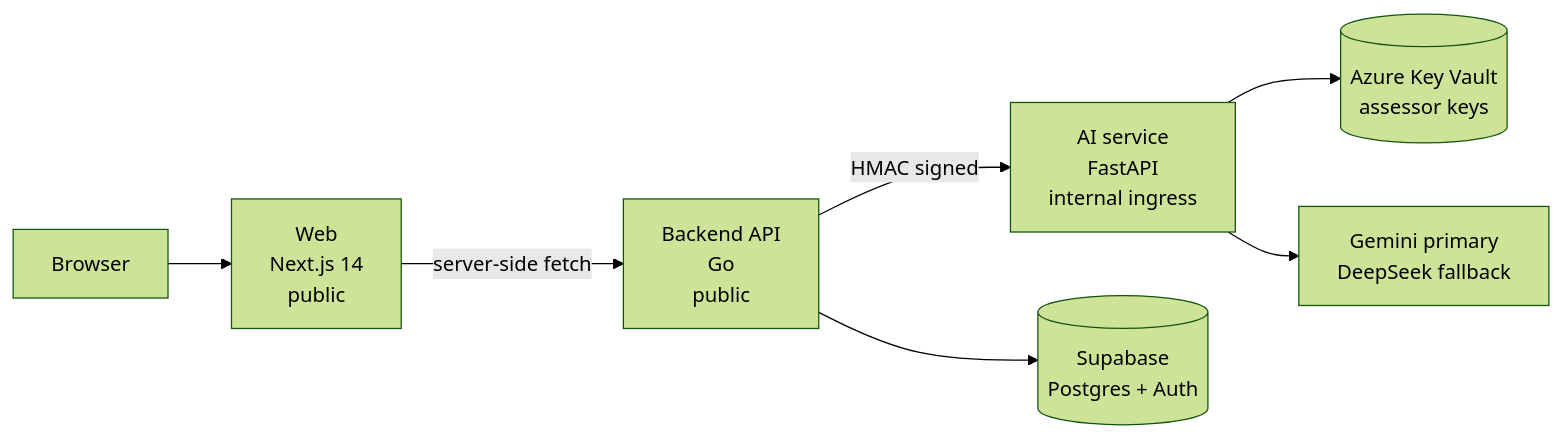
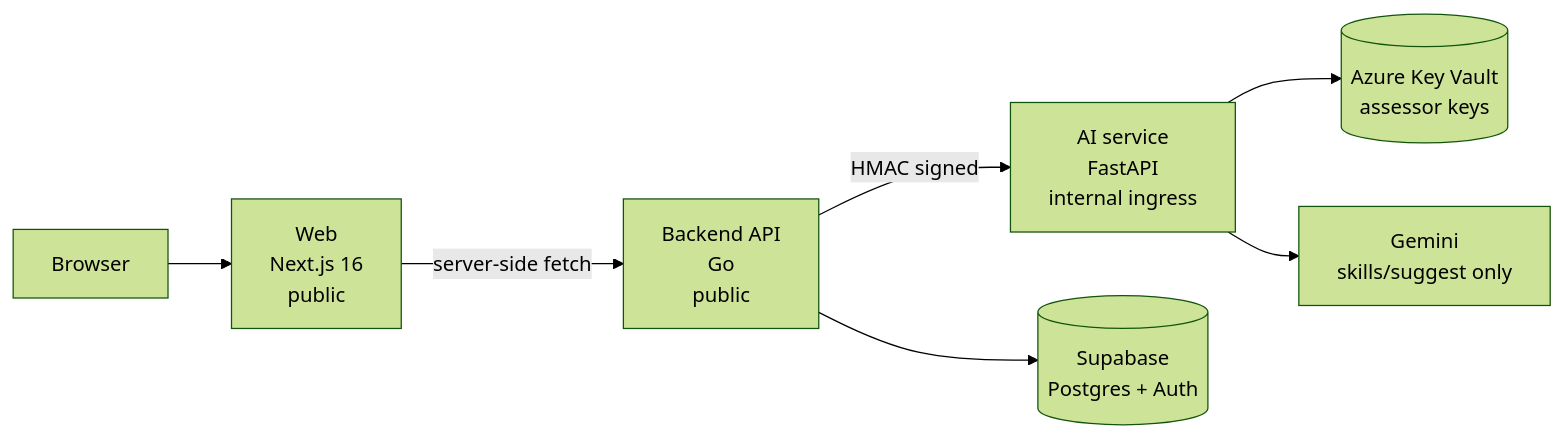
The first of 2 diagrams in docs/architecture.md (s-chukwu/Praxis), drawn with Mermaid (forest theme) before and after one commit. The commit also changed other lines of this file and 1 other file, not shown here.

Commit message:
docs: refresh runbook and architecture

````diff
--- a/docs/architecture.md
+++ b/docs/architecture.md
@@ -3,9 +3,9 @@
 ```mermaid
 flowchart LR
-  user[Browser] --> web["Web<br/>Next.js 14<br/>public"]
+  user[Browser] --> web["Web<br/>Next.js 16<br/>public"]
   web -->|"server-side fetch"| backend["Backend API<br/>Go<br/>public"]
   backend -->|"HMAC signed"| ai["AI service<br/>FastAPI<br/>internal ingress"]
   backend --> db[("Supabase<br/>Postgres + Auth")]
   ai --> kv[("Azure Key Vault<br/>assessor keys")]
-  ai --> llm["Gemini primary<br/>DeepSeek fallback"]
+  ai --> llm["Gemini<br/>skills/suggest only"]
 ```
````
